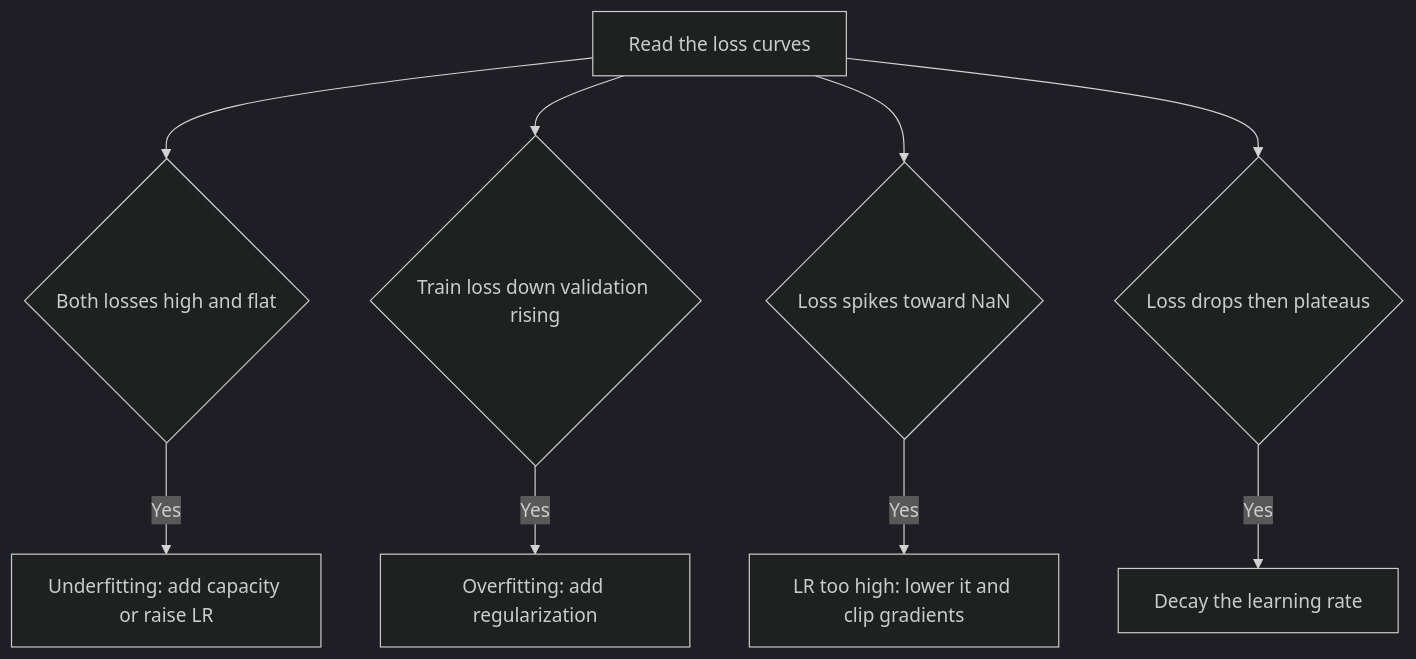
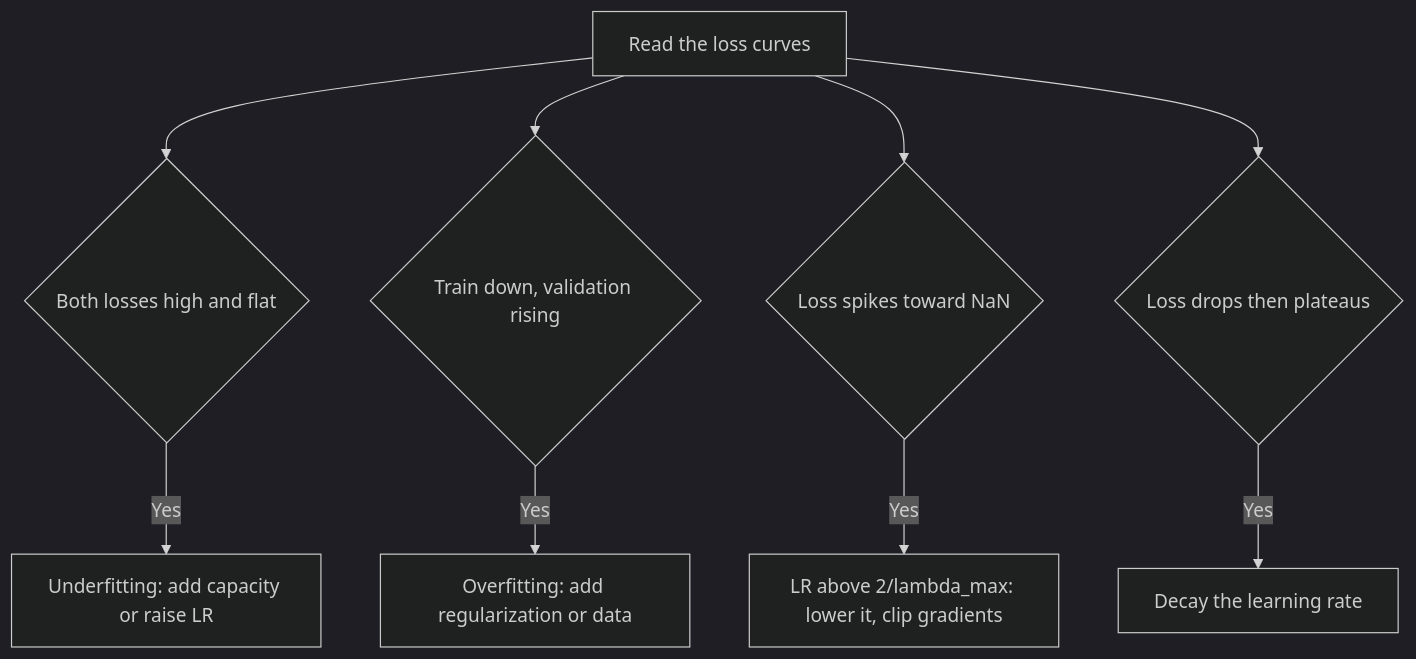
The diagram in curriculum/week-04-image-classification-end-to-end/lecture-notes/03-training-dynamics.md (CODECRUNCHWORLDWIDE/C56-CRUNCH-VISION), drawn with Mermaid (dark theme) before and after one commit. The commit also changed other lines of this file and 254 other files, not shown here.

Commit message:
docs: add diagrams + sync content from curriculum source

````diff
--- a/curriculum/week-04-image-classification-end-to-end/lecture-notes/03-training-dynamics.md
+++ b/curriculum/week-04-image-classification-end-to-end/lecture-notes/03-training-dynamics.md
@@ -34,11 +60,11 @@
 ```mermaid
 flowchart TD
   A["Read the loss curves"] --> B{"Both losses high and flat"}
   B -->|"Yes"| C["Underfitting: add capacity or raise LR"]
-  A --> D{"Train loss down validation rising"}
-  D -->|"Yes"| E["Overfitting: add regularization"]
+  A --> D{"Train down, validation rising"}
+  D -->|"Yes"| E["Overfitting: add regularization or data"]
   A --> F{"Loss spikes toward NaN"}
-  F -->|"Yes"| G["LR too high: lower it and clip gradients"]
+  F -->|"Yes"| G["LR above 2/lambda_max: lower it, clip gradients"]
   A --> H{"Loss drops then plateaus"}
   H -->|"Yes"| I["Decay the learning rate"]
 ```
````
